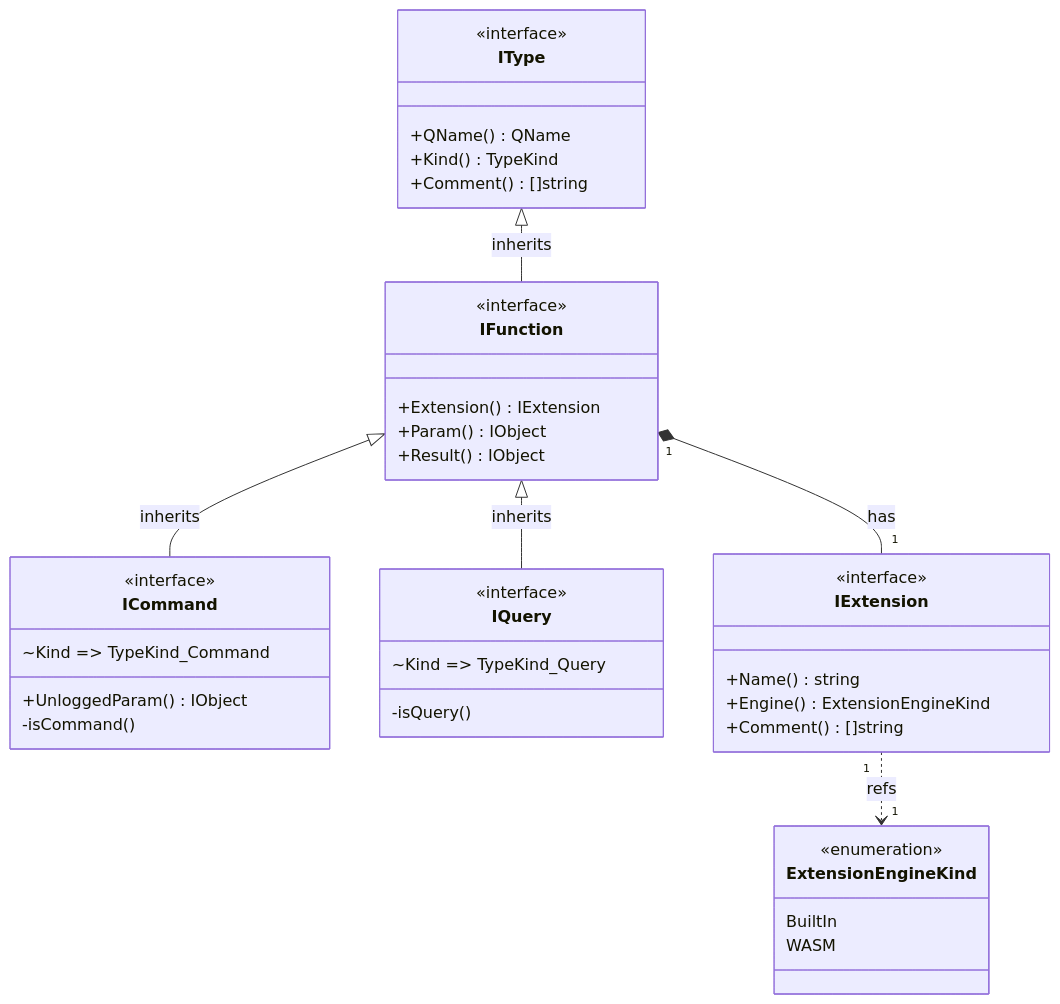
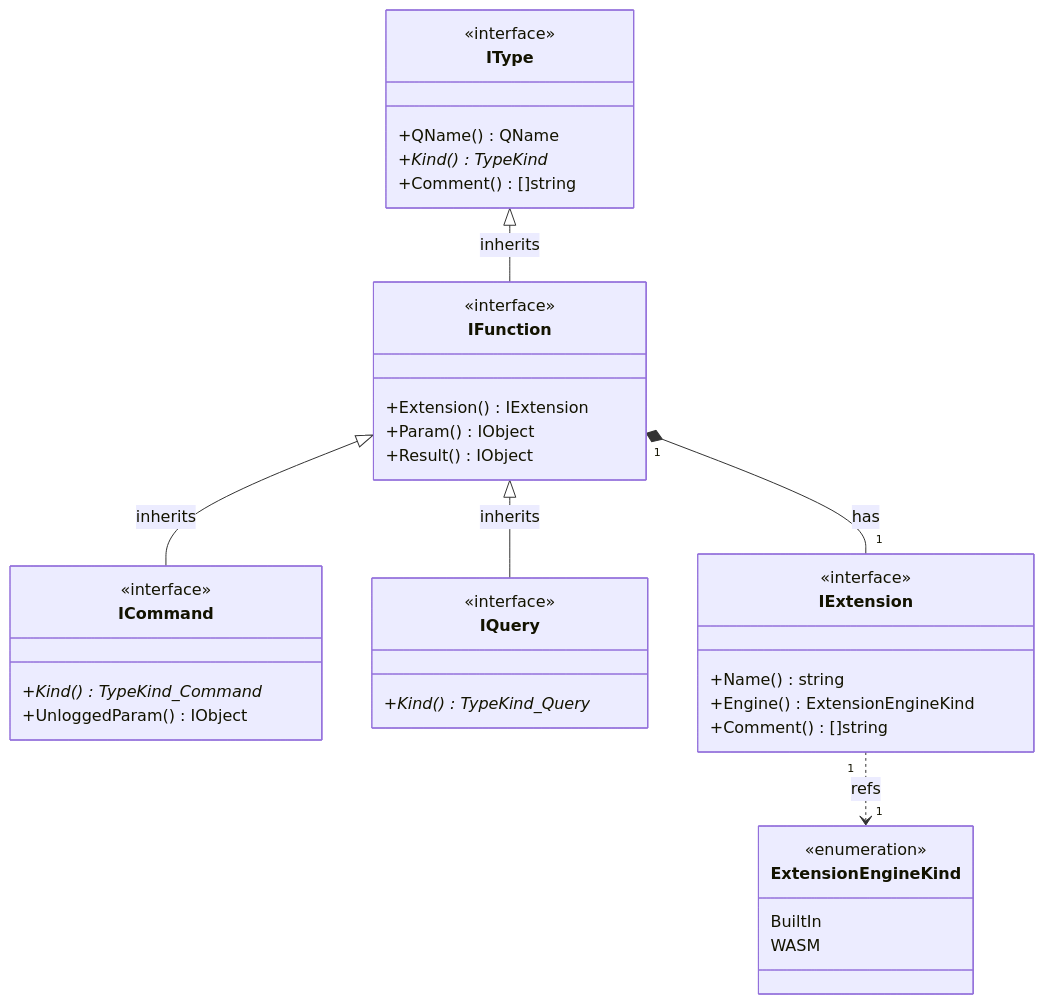
The seventh of 7 diagrams in pkg/appdef/README.md (voedger/voedger), drawn with Mermaid before and after one commit. The commit also changed other lines of this file, not shown here.

````diff
--- a/pkg/appdef/README.md
+++ b/pkg/appdef/README.md
@@ -783,50 +669,48 @@
 ```mermaid
 classDiagram
     
     direction TB
 
     class IType {
         <<interface>>
         +QName() QName
-        +Kind() TypeKind
+        +Kind()* TypeKind
         +Comment() []string
     }
 
     IType <|-- IFunction : inherits
     class IFunction {
         <<interface>>
         +Extension() IExtension
         +Param() IObject
         +Result() IObject
     }
 
     IFunction <|-- ICommand : inherits
     class ICommand {
         <<interface>>
-        ~Kind => TypeKind_Command
+        +Kind()* TypeKind_Command
         +UnloggedParam() IObject
-        -isCommand()
     }
 
     IFunction <|-- IQuery : inherits
     class IQuery {
         <<interface>>
-        ~Kind => TypeKind_Query
-        -isQuery()
+        +Kind()* TypeKind_Query
     }
 
     IFunction "1" *-- "1" IExtension : has
     class IExtension {
         <<interface>>
         +Name() string
         +Engine() ExtensionEngineKind
         +Comment() []string
     }
 
     IExtension "1" ..> "1" ExtensionEngineKind : refs
     class ExtensionEngineKind {
         <<enumeration>>
         BuiltIn
         WASM
     }
 ```
````
